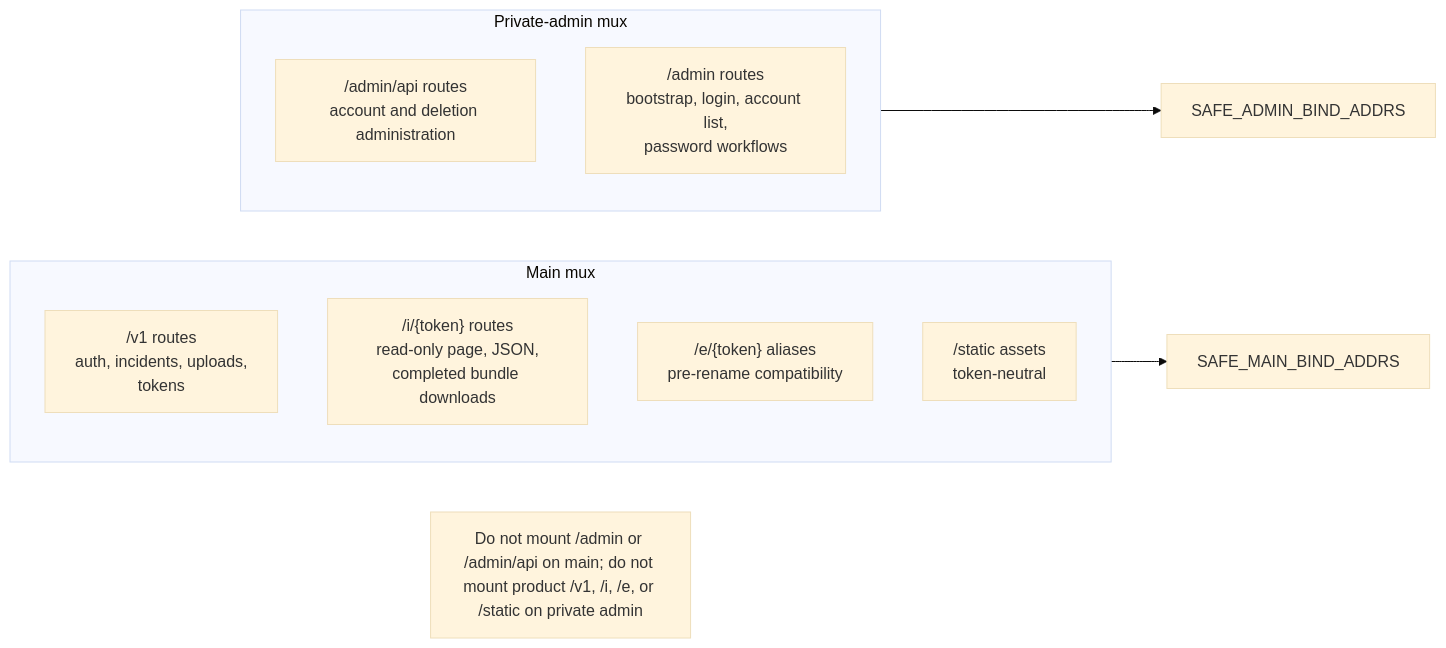
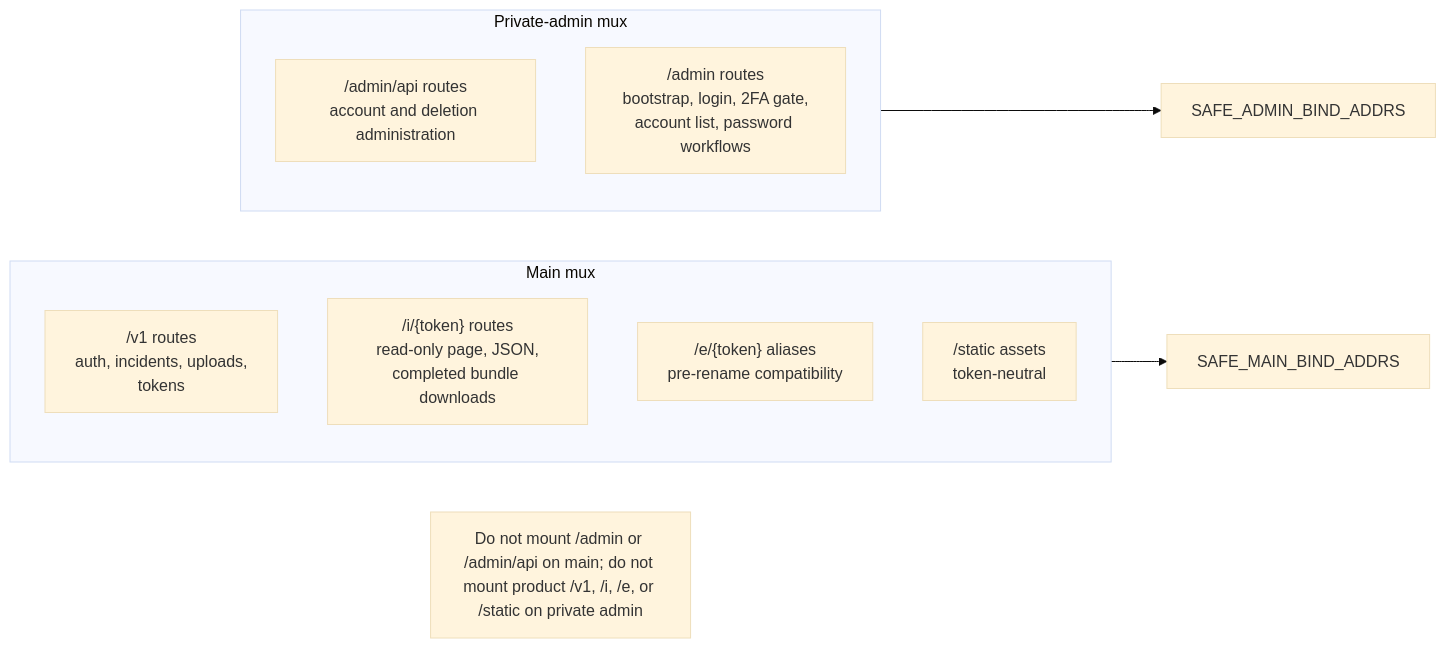
One commit to TheSilkky/safety-recorder changed the fourth of 4 diagrams in docs/architecture.md. Above: the diagram before and after it, drawn with Mermaid (base theme). The commit also changed other lines of this file and 23 other files, not shown here.

````diff
--- a/docs/architecture.md
+++ b/docs/architecture.md
@@ -190,19 +190,19 @@
 ```mermaid
 flowchart LR
     subgraph MainMux["Main mux"]
         V1["/v1 routes<br/>auth, incidents, uploads,<br/>tokens"]
         Viewer["/i/{token} routes<br/>read-only page, JSON,<br/>completed bundle downloads"]
         LegacyViewer["/e/{token} aliases<br/>pre-rename compatibility"]
         Static["/static assets<br/>token-neutral"]
     end
 
     subgraph AdminMux["Private-admin mux"]
         AdminAPI["/admin/api routes<br/>account and deletion administration"]
-        AdminWeb["/admin routes<br/>bootstrap, login, account list,<br/>password workflows"]
+        AdminWeb["/admin routes<br/>bootstrap, login, 2FA gate,<br/>account list, password workflows"]
     end
 
     MainMux --> MainBind["SAFE_MAIN_BIND_ADDRS"]
     AdminMux --> AdminBind["SAFE_ADMIN_BIND_ADDRS"]
 
     Warning["Do not mount /admin or /admin/api on main; do not mount product /v1, /i, /e, or /static on private admin"]
 ```
````
